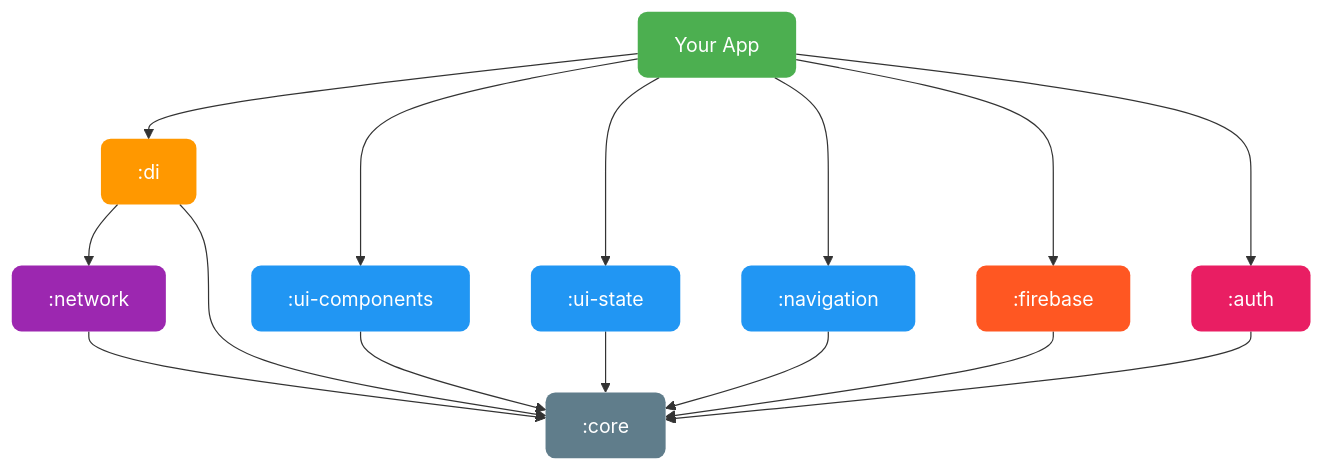
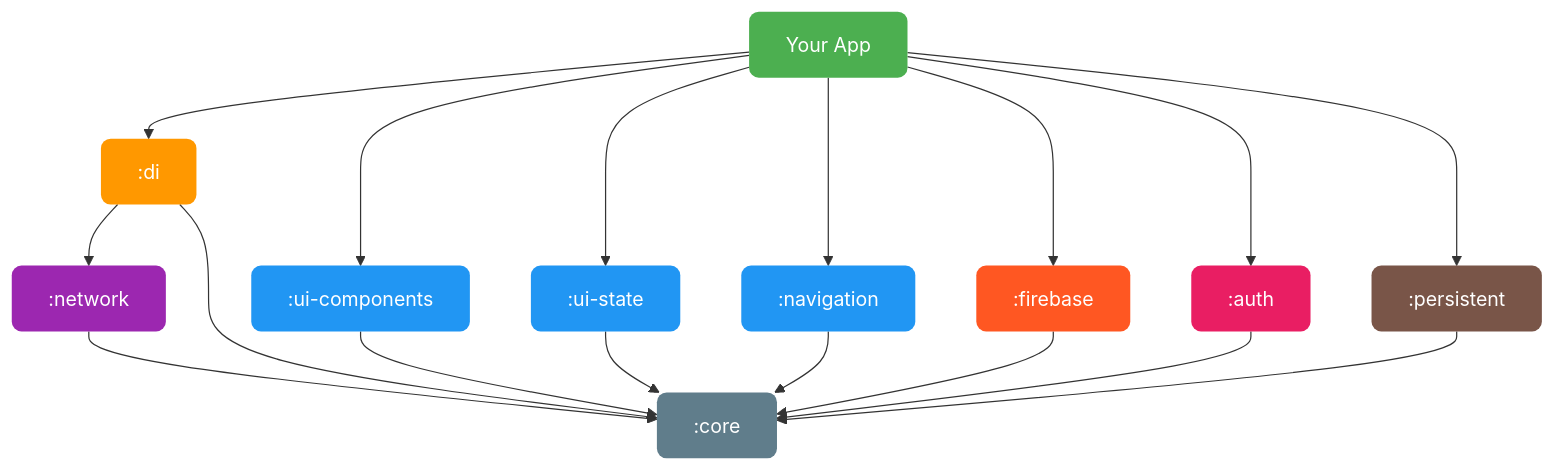
Before and after one commit to wahidabd/miru-sdk: the first of 2 diagrams in README.md, drawn with Mermaid. The commit also changed other lines of this file and 12 other files, not shown here.

````diff
--- a/README.md
+++ b/README.md
@@ -42,28 +43,31 @@
 ```mermaid
 graph TD
     APP[Your App] --> DI[":di"]
     APP --> UI[":ui-components"]
     APP --> STATE[":ui-state"]
     APP --> NAV[":navigation"]
     APP --> FB[":firebase"]
     APP --> AUTH[":auth"]
+    APP --> PERSIST[":persistent"]
 
     DI --> NETWORK[":network"]
     DI --> CORE[":core"]
     AUTH --> CORE
+    PERSIST --> CORE
     FB --> CORE
     UI --> CORE
     STATE --> CORE
     NAV --> CORE
     NETWORK --> CORE
 
     style APP fill:#4CAF50,color:#fff,stroke:none,rx:8
     style DI fill:#FF9800,color:#fff,stroke:none,rx:8
     style AUTH fill:#E91E63,color:#fff,stroke:none,rx:8
     style FB fill:#FF5722,color:#fff,stroke:none,rx:8
     style UI fill:#2196F3,color:#fff,stroke:none,rx:8
     style STATE fill:#2196F3,color:#fff,stroke:none,rx:8
     style NAV fill:#2196F3,color:#fff,stroke:none,rx:8
+    style PERSIST fill:#795548,color:#fff,stroke:none,rx:8
     style NETWORK fill:#9C27B0,color:#fff,stroke:none,rx:8
     style CORE fill:#607D8B,color:#fff,stroke:none,rx:8
 ```
````
